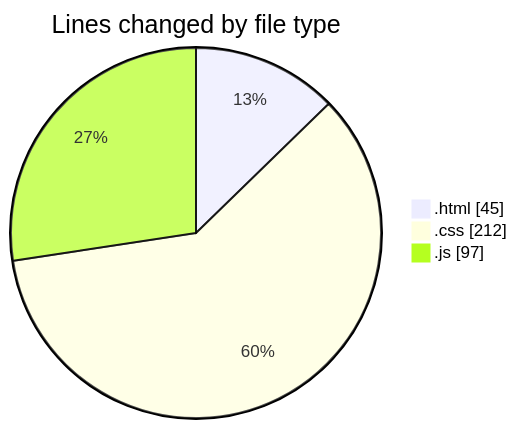
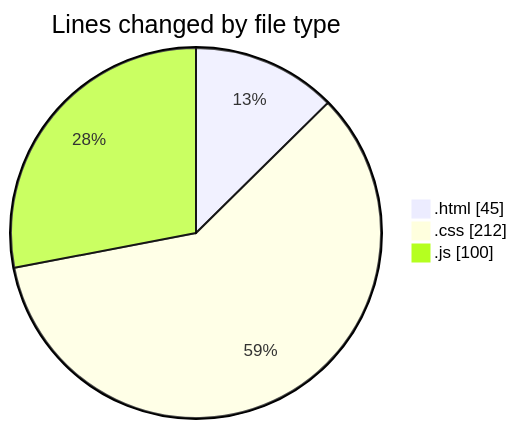
One commit to Ritupan-Deka/code-tracking changed the first of 2 diagrams in 2025-08-24/javascript/README.md. Above: the diagram before and after it, drawn with Mermaid. The commit also changed other lines of this file and 1 other file, not shown here.

````diff
--- a/2025-08-24/javascript/README.md
+++ b/2025-08-24/javascript/README.md
@@ -22,7 +22,7 @@
 ```mermaid
 pie showData
 title Lines changed by file type
 ".html" : 45
 ".css" : 212
-".js" : 97
+".js" : 100
 ```
````
